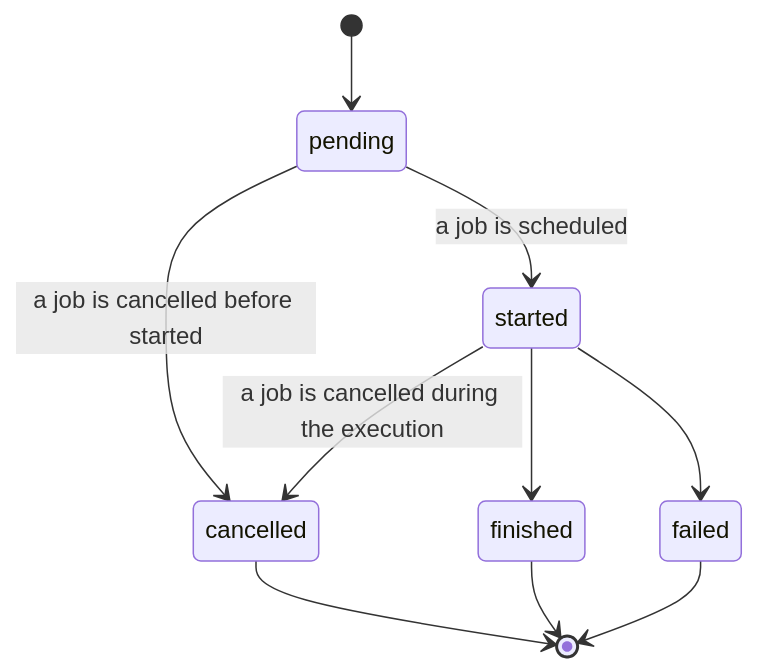
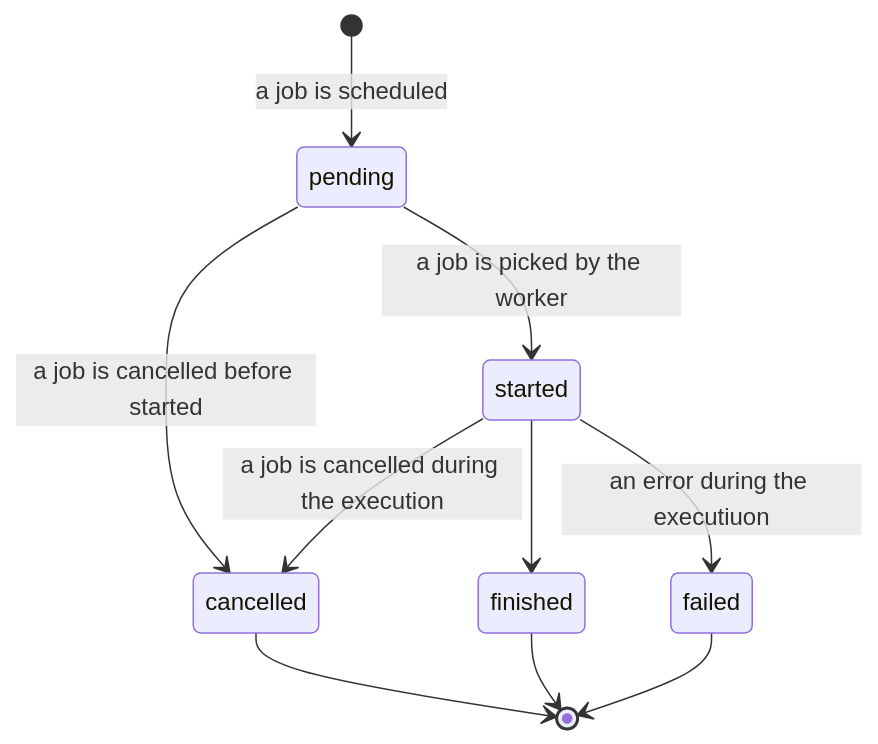
One commit to lightpoichich/baserow changed the diagram in docs/assets/diagrams/job-workflow/job-states.mermaid. Above: the diagram before and after it, drawn with Mermaid. The commit also changed 2 other files, not shown here.

Commit message:
diagrams

```diff
--- a/docs/assets/diagrams/job-workflow/job-states.mermaid
+++ b/docs/assets/diagrams/job-workflow/job-states.mermaid
@@ -1,11 +1,11 @@
 stateDiagram-v2
 
-    [*] --> pending
-    pending --> started: a job is scheduled
+    [*] --> pending: a job is scheduled
+    pending --> started: a job is picked by the worker
     pending --> cancelled: a job is cancelled before started
     started --> cancelled: a job is cancelled during the execution
     started --> finished
-    started --> failed
+    started --> failed: an error during the executiuon
     cancelled --> [*]
     finished --> [*]
     failed --> [*]
```
